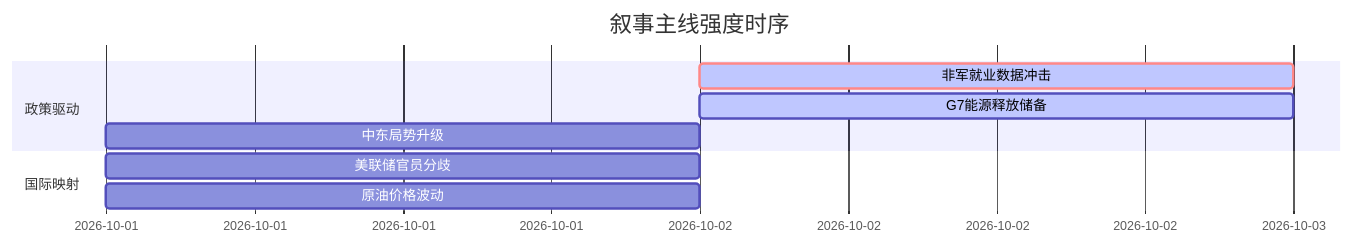
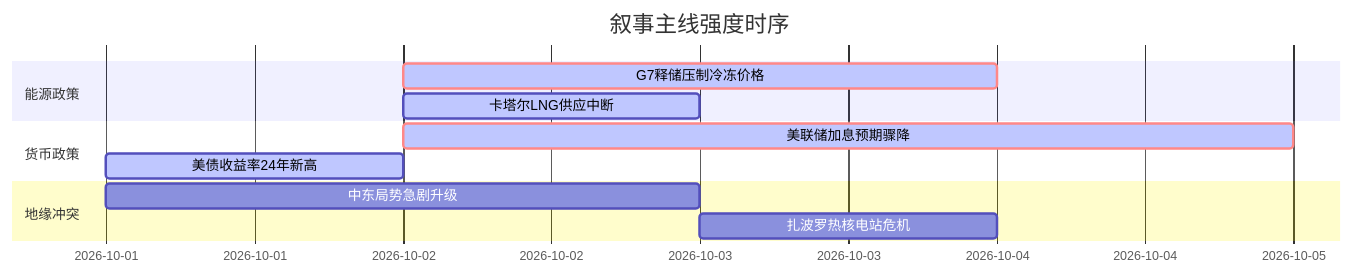
Before and after one commit to uu5zn/uu5zn.github.io: the diagram in 5day_report.md, drawn with Mermaid. The commit also changed other lines of this file and 4 other files, not shown here.

````diff
--- a/5day_report.md
+++ b/5day_report.md
@@ -56,13 +61,16 @@
 ```mermaid
 gantt
     title 叙事主线强度时序
-    dateFormat  YYYY-MM-DD
-    section 政策驱动
-    非军就业数据冲击   :crit, active, 2026-10-02, 1d
-    G7能源释放储备       :active, 2026-10-02, 1d
-    中东局势升级        :2026-10-01, 1d
-
-    section 国际映射
-    美联储官员分歧       :2026-10-01, 1d
-    原油价格波动        :2026-10-01, 1d
+    dateFormat YYYY-MM-DD
+    section 能源政策
+    G7释储压制冷冻价格   :crit, active, 2026-10-02, 2d
+    卡塔尔LNG供应中断   :active, 2026-10-02, 1d
+    
+    section 货币政策
+    美联储加息预期骤降   :crit, active, 2026-10-02, 3d
+    美债收益率24年新高   :active, 2026-10-01, 1d
+    
+    section 地缘冲突
+    中东局势急剧升级   :2026-10-01, 2d
+    扎波罗热核电站危机   :2026-10-03, 1d
 ```
````
